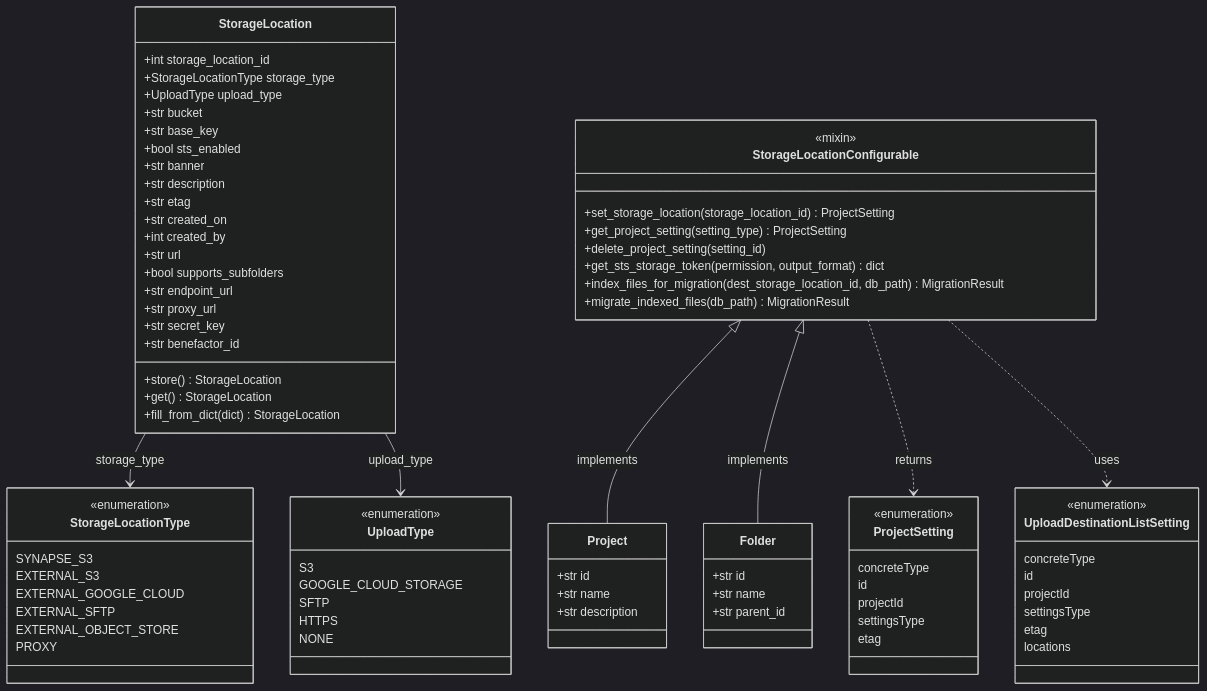
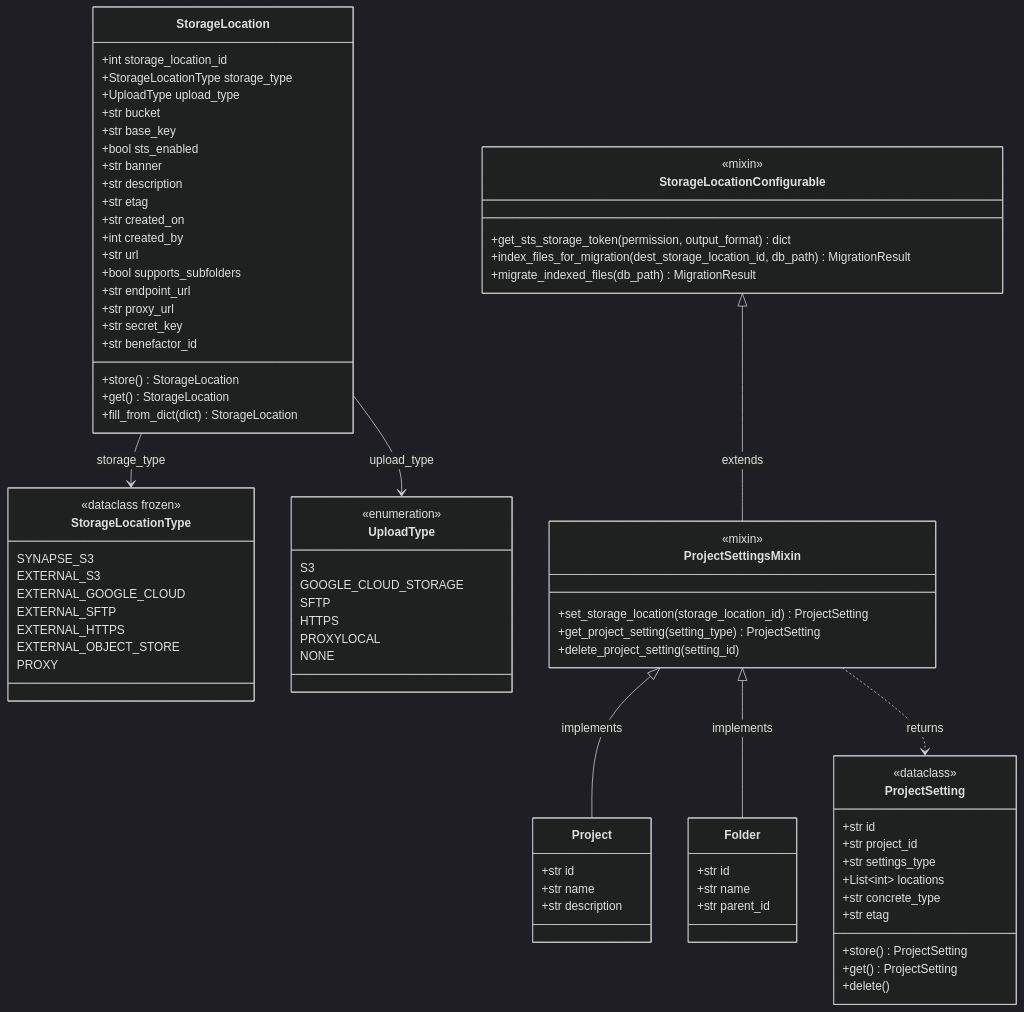
One commit to Sage-Bionetworks/synapsePythonClient changed the first of 10 diagrams in docs/explanations/storage_location_architecture.md. Above: the diagram before and after it, drawn with Mermaid (dark theme). The commit also changed other lines of this file, not shown here.

Commit message:
simplify the diagram

````diff
--- a/docs/explanations/storage_location_architecture.md
+++ b/docs/explanations/storage_location_architecture.md
@@ -92,11 +92,12 @@
     }
 
     class StorageLocationType {
-        <<enumeration>>
+        <<dataclass frozen>>
         SYNAPSE_S3
         EXTERNAL_S3
         EXTERNAL_GOOGLE_CLOUD
         EXTERNAL_SFTP
+        EXTERNAL_HTTPS
         EXTERNAL_OBJECT_STORE
         PROXY
     }
@@ -107,17 +108,22 @@
         GOOGLE_CLOUD_STORAGE
         SFTP
         HTTPS
+        PROXYLOCAL
         NONE
     }
 
     class StorageLocationConfigurable {
         <<mixin>>
+        +get_sts_storage_token(permission, output_format) dict
+        +index_files_for_migration(dest_storage_location_id, db_path) MigrationResult
+        +migrate_indexed_files(db_path) MigrationResult
+    }
+
+    class ProjectSettingsMixin {
+        <<mixin>>
         +set_storage_location(storage_location_id) ProjectSetting
         +get_project_setting(setting_type) ProjectSetting
         +delete_project_setting(setting_id)
-        +get_sts_storage_token(permission, output_format) dict
-        +index_files_for_migration(dest_storage_location_id, db_path) MigrationResult
-        +migrate_indexed_files(db_path) MigrationResult
     }
 
     class Project {
@@ -132,30 +138,24 @@
         +str parent_id
     }
 
-    class UploadDestinationListSetting {
-        <<enumeration>>
-        concreteType
-        id
-        projectId
-        settingsType
-        etag
-        locations
+    class ProjectSetting {
+        <<dataclass>>
+        +str id
+        +str project_id
+        +str settings_type
+        +List~int~ locations
+        +str concrete_type
+        +str etag
+        +store() ProjectSetting
+        +get() ProjectSetting
+        +delete()
     }
 
-    class ProjectSetting {
-        <<enumeration>>
-        concreteType
-        id
-        projectId
-        settingsType
-        etag
-
-    }
     StorageLocation --> StorageLocationType : storage_type
     StorageLocation --> UploadType : upload_type
-    StorageLocationConfigurable <|-- Project : implements
-    StorageLocationConfigurable <|-- Folder : implements
-    StorageLocationConfigurable ..> ProjectSetting : returns
-    StorageLocationConfigurable ..> UploadDestinationListSetting : uses
+    StorageLocationConfigurable <|-- ProjectSettingsMixin : extends
+    ProjectSettingsMixin <|-- Project : implements
+    ProjectSettingsMixin <|-- Folder : implements
+    ProjectSettingsMixin ..> ProjectSetting : returns
 
 ```
````
